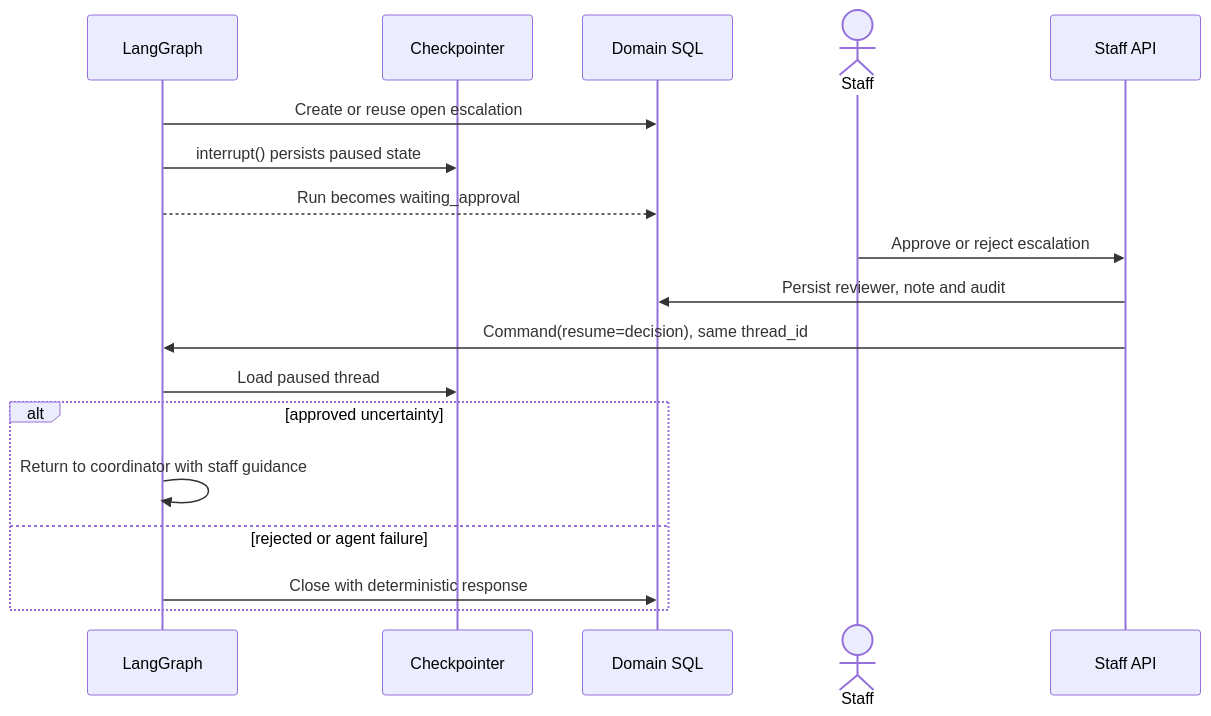
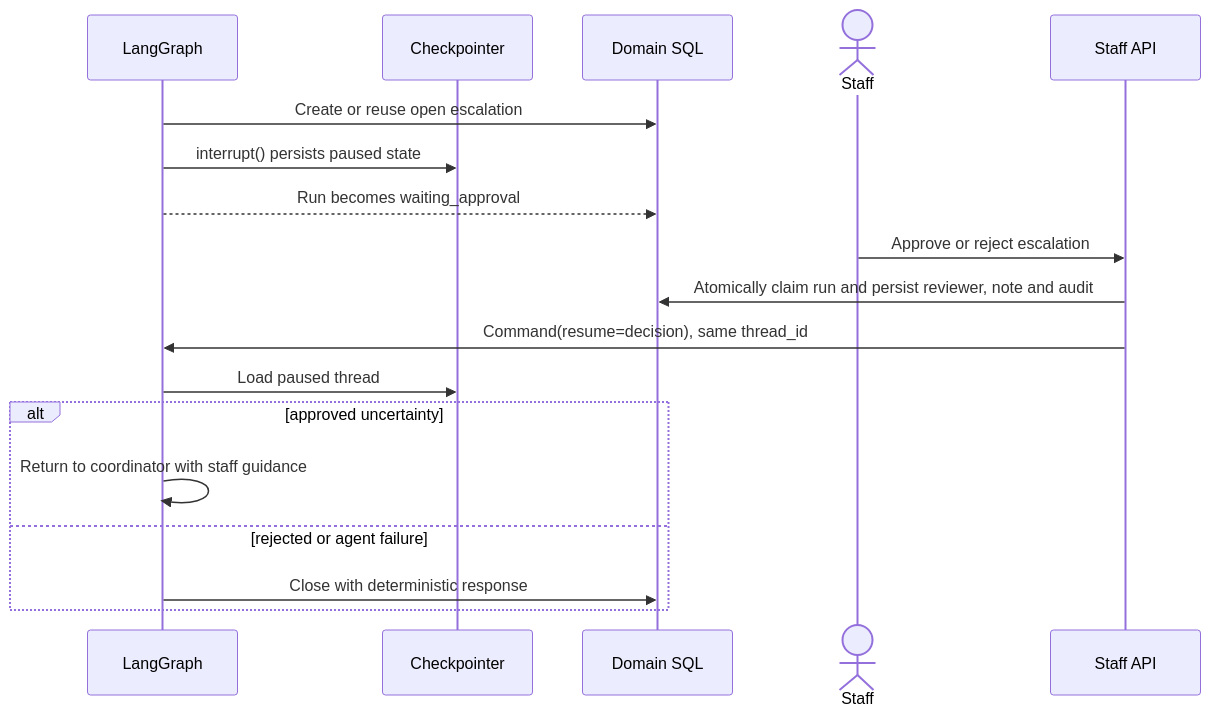
Before and after one commit to Gaurang140/agentcare: the fourth of 4 diagrams in docs/architecture.md, drawn with Mermaid. The commit also changed 52 other files, not shown here.

````diff
--- a/docs/architecture.md
+++ b/docs/architecture.md
@@ -172,21 +172,21 @@
 ```mermaid
 sequenceDiagram
     participant G as LangGraph
     participant CP as Checkpointer
     participant DB as Domain SQL
     actor Staff
     participant API as Staff API
 
     G->>DB: Create or reuse open escalation
     G->>CP: interrupt() persists paused state
     G-->>DB: Run becomes waiting_approval
     Staff->>API: Approve or reject escalation
-    API->>DB: Persist reviewer, note and audit
+    API->>DB: Atomically claim run and persist reviewer, note and audit
     API->>G: Command(resume=decision), same thread_id
     G->>CP: Load paused thread
     alt approved uncertainty
         G->>G: Return to coordinator with staff guidance
     else rejected or agent failure
         G->>DB: Close with deterministic response
     end
 ```
````
